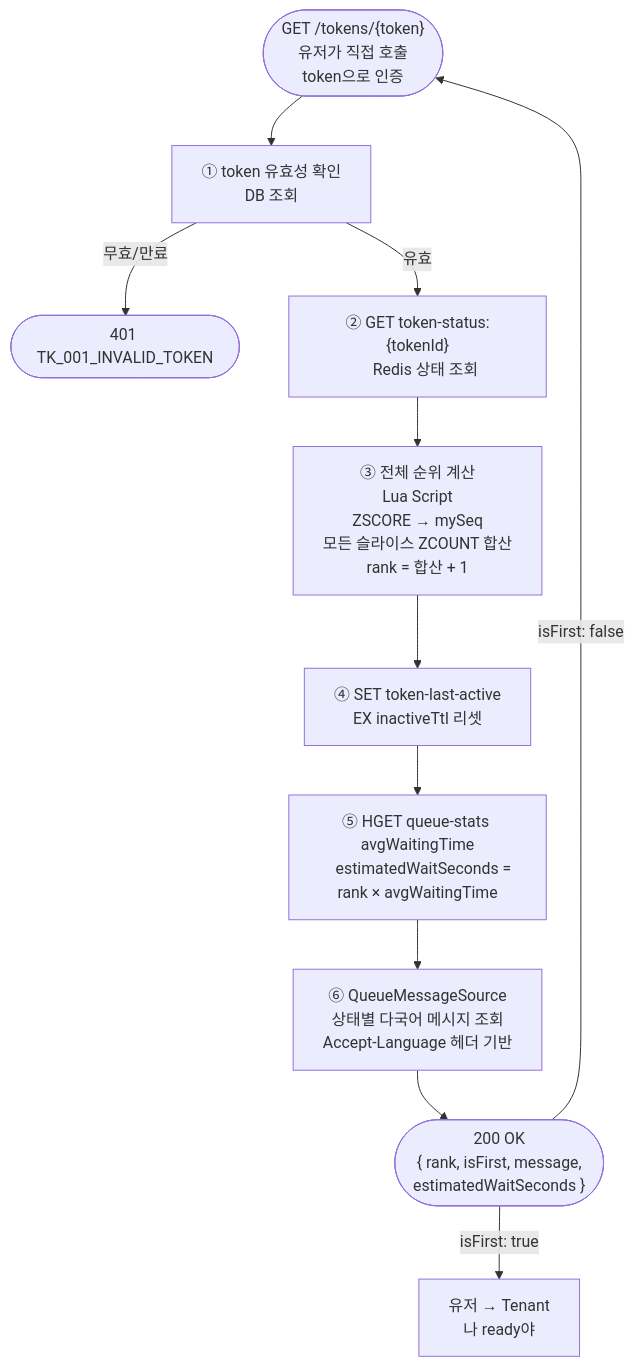
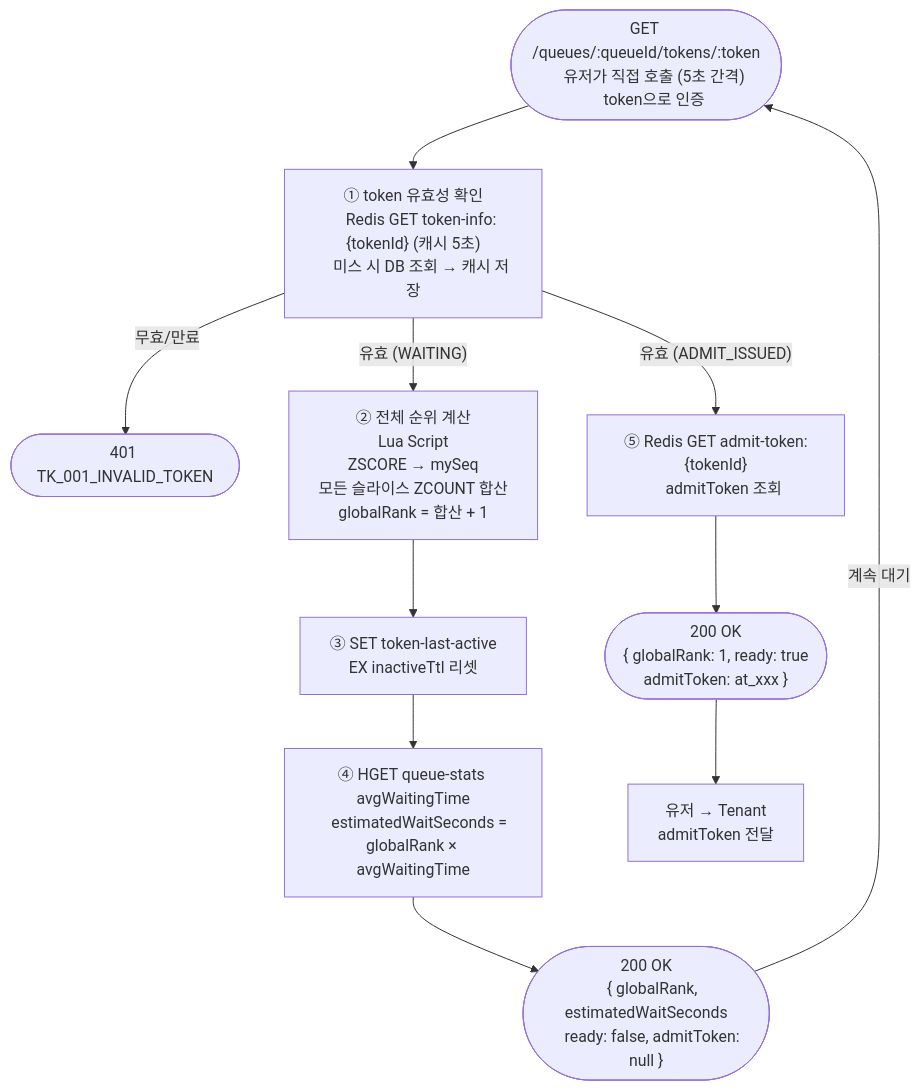
One commit to S-Onix/queue-platform changed the second of 6 diagrams in doc/FLOW.md. Above: the diagram before and after it, drawn with Mermaid. The commit also changed other lines of this file and 4 other files, not shown here.

````diff
--- a/doc/FLOW.md
+++ b/doc/FLOW.md
@@ -54,33 +52,33 @@
 ```mermaid
 flowchart TD
-    POLL(["GET /tokens/{token}
-    유저가 직접 호출
+    POLL(["GET /queues/:queueId/tokens/:token
+    유저가 직접 호출 (5초 간격)
     token으로 인증"])
     --> TK["① token 유효성 확인
-    DB 조회"]
+    Redis GET token-info:{tokenId} (캐시 5초)
+    미스 시 DB 조회 → 캐시 저장"]
 
     TK -->|"무효/만료"| E401(["401 TK_001_INVALID_TOKEN"])
-    TK -->|"유효"| STATUS["② GET token-status:{tokenId}
-    Redis 상태 조회"]
-
-    STATUS --> RANK["③ 전체 순위 계산
+    TK -->|"유효 (WAITING)"| RANK["② 전체 순위 계산
     Lua Script
     ZSCORE → mySeq
     모든 슬라이스 ZCOUNT 합산
-    rank = 합산 + 1"]
+    globalRank = 합산 + 1"]
 
-    RANK --> LA["④ SET token-last-active
+    RANK --> LA["③ SET token-last-active
     EX inactiveTtl 리셋"]
-    --> ETA["⑤ HGET queue-stats avgWaitingTime
-    estimatedWaitSeconds = rank × avgWaitingTime"]
-    --> MSG["⑥ QueueMessageSource
-    상태별 다국어 메시지 조회
-    Accept-Language 헤더 기반"]
+    --> ETA["④ HGET queue-stats avgWaitingTime
+    estimatedWaitSeconds = globalRank × avgWaitingTime"]
     --> RESP(["200 OK
-    { rank, isFirst, message,
-      estimatedWaitSeconds }"])
+    { globalRank, estimatedWaitSeconds
+    ready: false, admitToken: null }"])
+    RESP -->|"계속 대기"| POLL
 
-    RESP -->|"isFirst: false"| POLL
-    RESP -->|"isFirst: true"| NOTIFY["유저 → Tenant
-    나 ready야"]
+    TK -->|"유효 (ADMIT_ISSUED)"| AT["⑤ Redis GET admit-token:{tokenId}
+    admitToken 조회"]
+    --> ARESP(["200 OK
+    { globalRank: 1, ready: true
+    admitToken: at_xxx }"])
+    --> USER["유저 → Tenant
+    admitToken 전달"]
 ```
````
